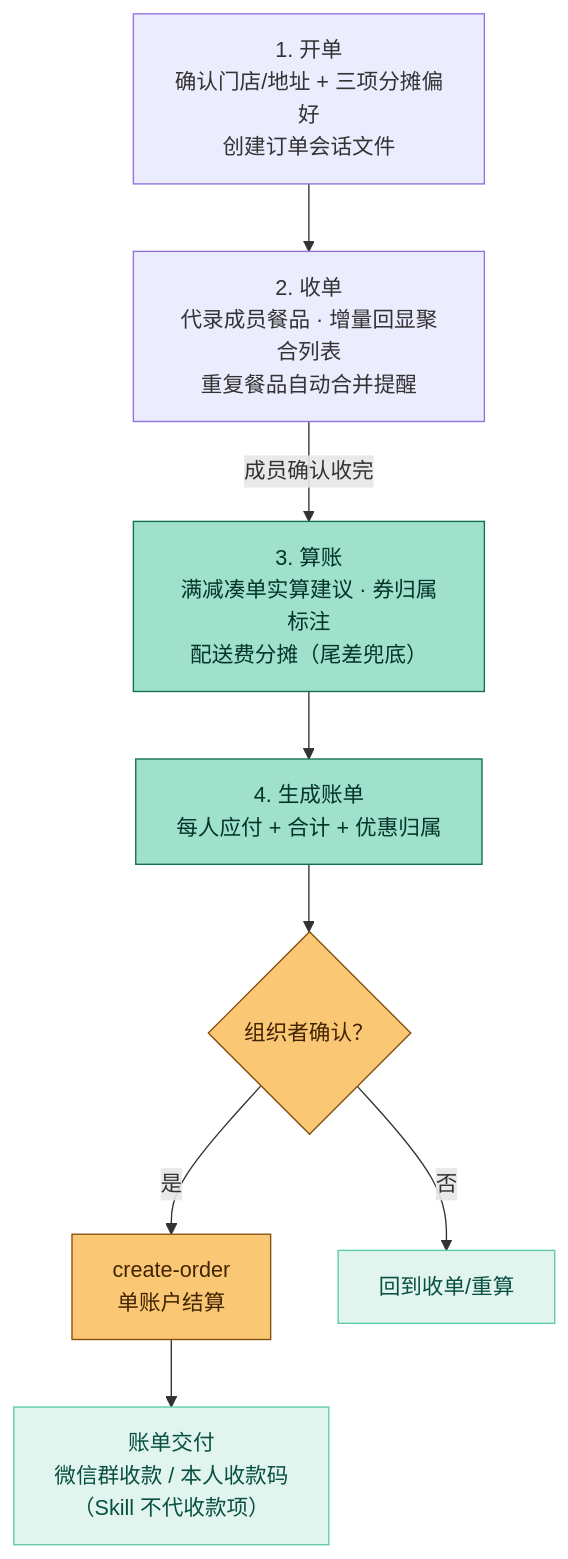
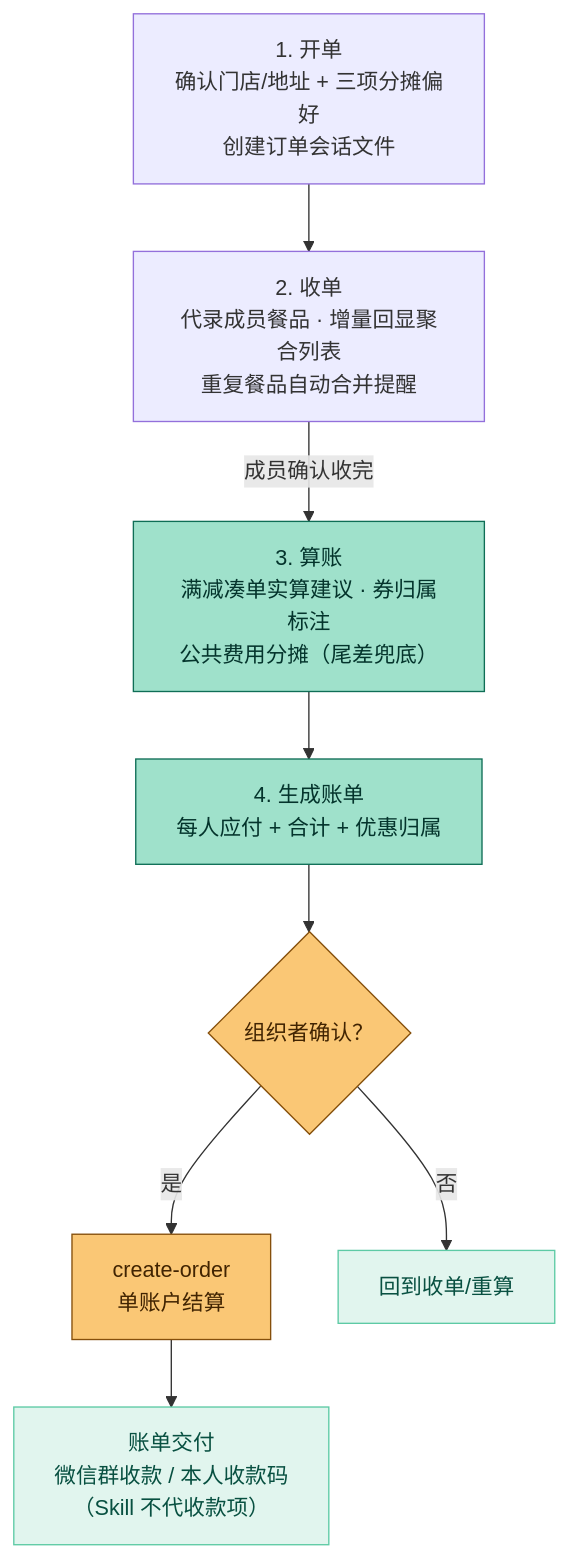
The fourth of 4 diagrams in MCP_INTEGRATION.md (junxchan54-maker/mcd-cn-assistant), drawn with Mermaid before and after one commit. The commit also changed other lines of this file and 7 other files, not shown here.

````diff
--- a/MCP_INTEGRATION.md
+++ b/MCP_INTEGRATION.md
@@ -164,16 +164,16 @@
 ```mermaid
 flowchart TD
     G1["1. 开单<br/>确认门店/地址 + 三项分摊偏好<br/>创建订单会话文件"] --> G2["2. 收单<br/>代录成员餐品 · 增量回显聚合列表<br/>重复餐品自动合并提醒"]
-    G2 -->|成员确认收完| G3["3. 算账<br/>满减凑单实算建议 · 券归属标注<br/>配送费分摊（尾差兜底）"]
+    G2 -->|成员确认收完| G3["3. 算账<br/>满减凑单实算建议 · 券归属标注<br/>公共费用分摊（尾差兜底）"]
     G3 --> G4["4. 生成账单<br/>每人应付 + 合计 + 优惠归属"]
     G4 --> G5{"组织者确认？"}
     G5 -->|是| G6["create-order<br/>单账户结算"]
     G5 -->|否| G7["回到收单/重算"]
     G6 --> G8["账单交付<br/>微信群收款 / 本人收款码<br/>（Skill 不代收款项）"]
     style G3 fill:#9FE1CB,stroke:#0F6E56,color:#04342C
     style G4 fill:#9FE1CB,stroke:#0F6E56,color:#04342C
     style G5 fill:#FAC775,stroke:#854F0B,color:#412402
     style G6 fill:#FAC775,stroke:#854F0B,color:#412402
     style G7 fill:#E1F5EE,stroke:#5DCAA5,color:#085041
     style G8 fill:#E1F5EE,stroke:#5DCAA5,color:#085041
 ```
````
